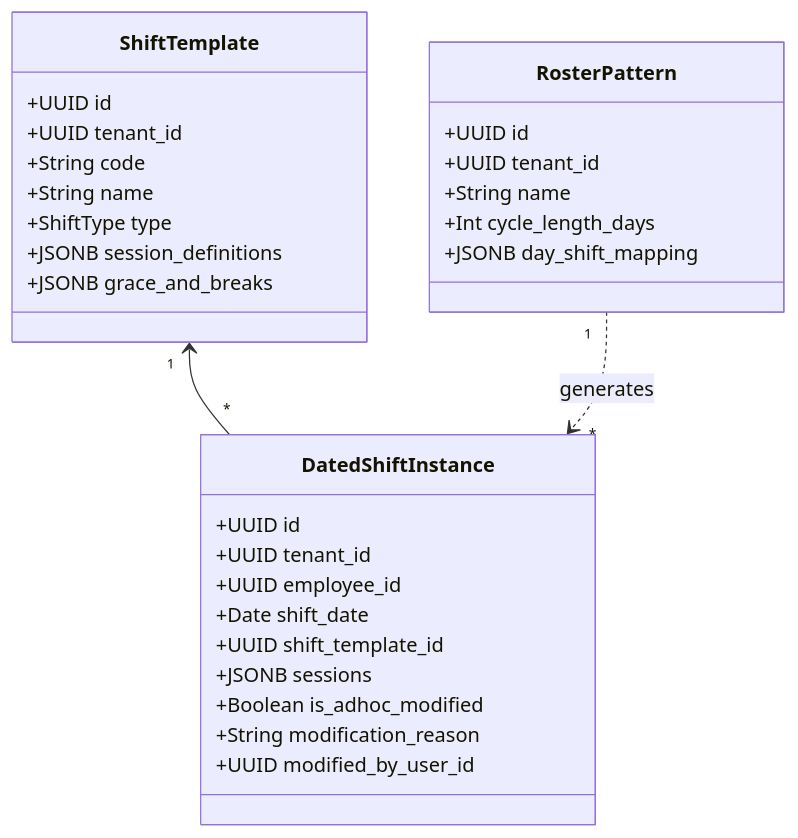
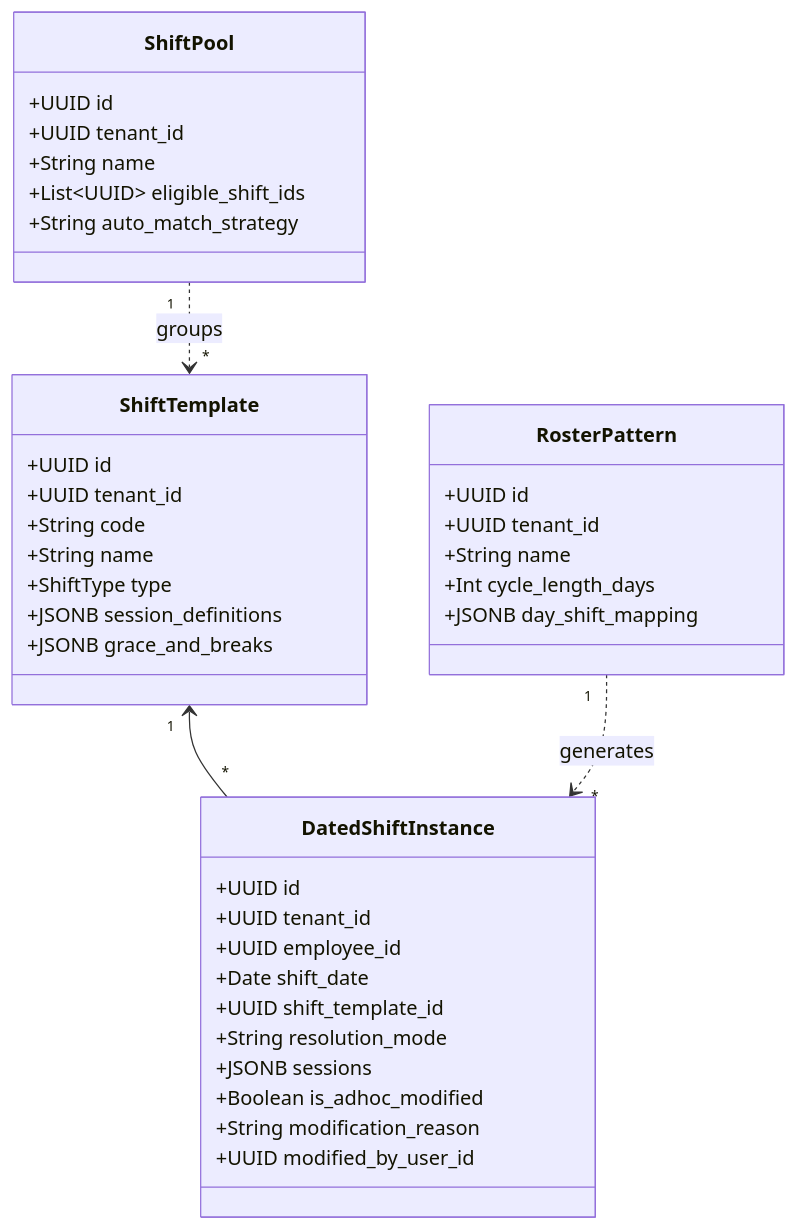
The diagram in docs/modules/shifts/SPEC.md (AniketS2304/APMS_Rebuild), drawn with Mermaid before and after one commit. The commit also changed other lines of this file and 2 other files, not shown here.

Commit message:
docs: add auto-shift allocation and dynamic shift matching (SHF-06)

````diff
--- a/docs/modules/shifts/SPEC.md
+++ b/docs/modules/shifts/SPEC.md
@@ -23,35 +23,45 @@
 ```mermaid
 classDiagram
     class ShiftTemplate {
         +UUID id
         +UUID tenant_id
         +String code
         +String name
         +ShiftType type
         +JSONB session_definitions
         +JSONB grace_and_breaks
+    }
+
+    class ShiftPool {
+        +UUID id
+        +UUID tenant_id
+        +String name
+        +List~UUID~ eligible_shift_ids
+        +String auto_match_strategy
     }
 
     class RosterPattern {
         +UUID id
         +UUID tenant_id
         +String name
         +Int cycle_length_days
         +JSONB day_shift_mapping
     }
 
     class DatedShiftInstance {
         +UUID id
         +UUID tenant_id
         +UUID employee_id
         +Date shift_date
         +UUID shift_template_id
+        +String resolution_mode
         +JSONB sessions
         +Boolean is_adhoc_modified
         +String modification_reason
         +UUID modified_by_user_id
     }
 
     ShiftTemplate "1" <-- "*" DatedShiftInstance
+    ShiftPool "1" ..> "*" ShiftTemplate : groups
     RosterPattern "1" ..> "*" DatedShiftInstance : generates
 ```
````
